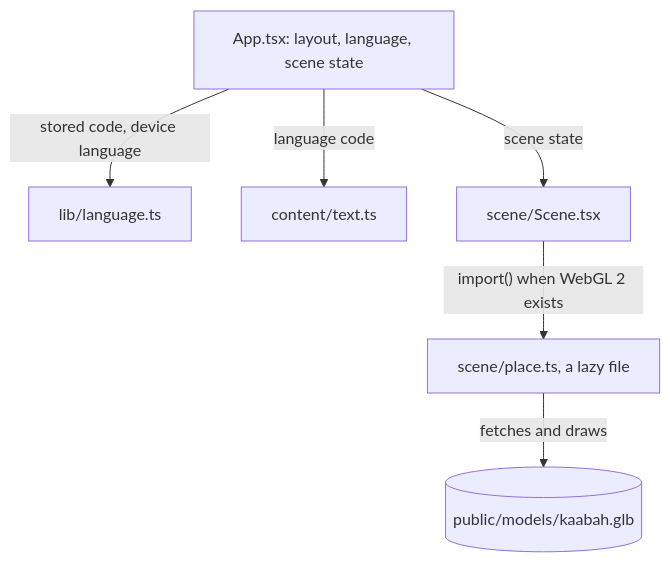
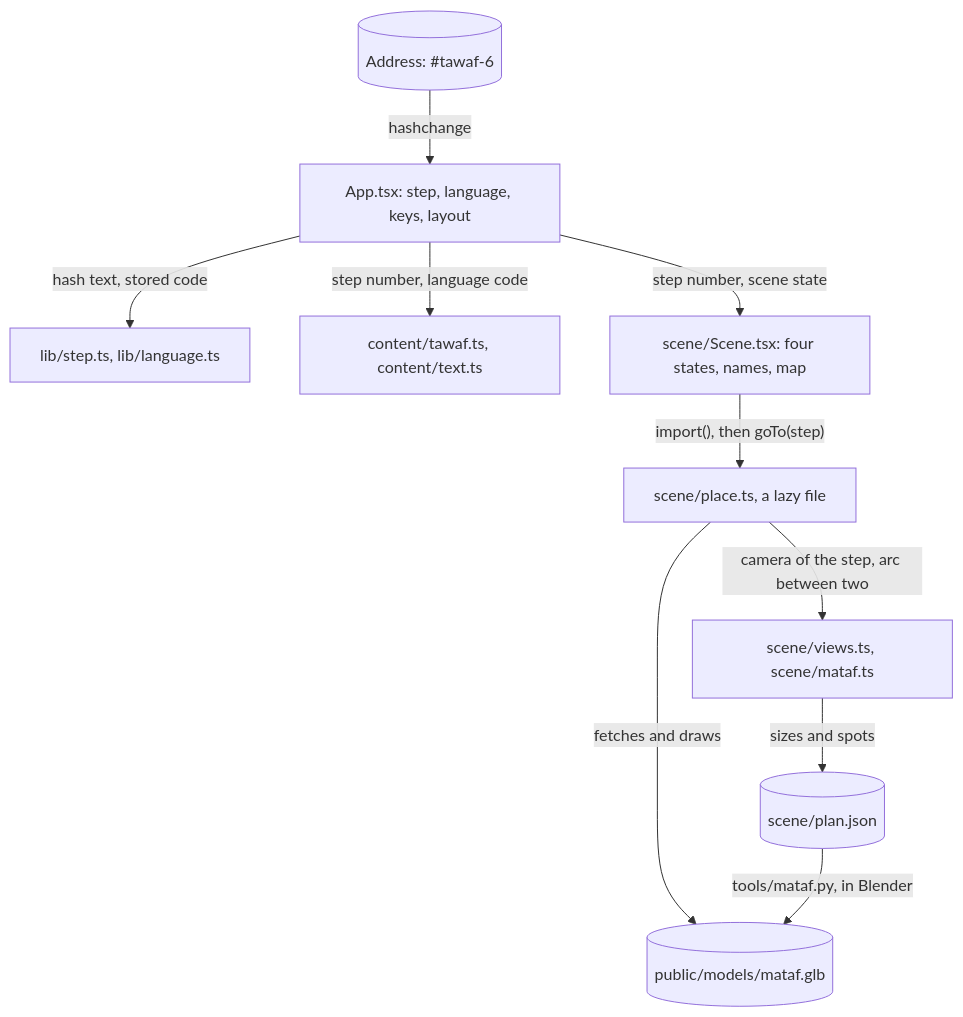
The second of 2 diagrams in docs/ARCHITECTURE.md (dzaffren/isfar), drawn with Mermaid before and after one commit. The commit also changed other lines of this file and 41 other files, not shown here.

````diff
--- a/docs/ARCHITECTURE.md
+++ b/docs/ARCHITECTURE.md
@@ -16,14 +16,21 @@
 ```mermaid
 flowchart TB
-    APP["App.tsx: layout, language, scene state"]
-    LANG["lib/language.ts"]
-    TEXT["content/text.ts"]
-    SCENE["scene/Scene.tsx"]
+    HASH[("Address: #tawaf-6")]
+    APP["App.tsx: step, language, keys, layout"]
+    LIB["lib/step.ts, lib/language.ts"]
+    TEXT["content/tawaf.ts, content/text.ts"]
+    SCENE["scene/Scene.tsx: four states, names, map"]
     PLACE["scene/place.ts, a lazy file"]
-    GLB[("public/models/kaabah.glb")]
-    APP -- "stored code, device language" --> LANG
-    APP -- "language code" --> TEXT
-    APP -- "scene state" --> SCENE
-    SCENE -- "import() when WebGL 2 exists" --> PLACE
+    VIEWS["scene/views.ts, scene/mataf.ts"]
+    PLAN[("scene/plan.json")]
+    GLB[("public/models/mataf.glb")]
+    HASH -- "hashchange" --> APP
+    APP -- "hash text, stored code" --> LIB
+    APP -- "step number, language code" --> TEXT
+    APP -- "step number, scene state" --> SCENE
+    SCENE -- "import(), then goTo(step)" --> PLACE
+    PLACE -- "camera of the step, arc between two" --> VIEWS
+    VIEWS -- "sizes and spots" --> PLAN
     PLACE -- "fetches and draws" --> GLB
+    PLAN -- "tools/mataf.py, in Blender" --> GLB
 ```
````
